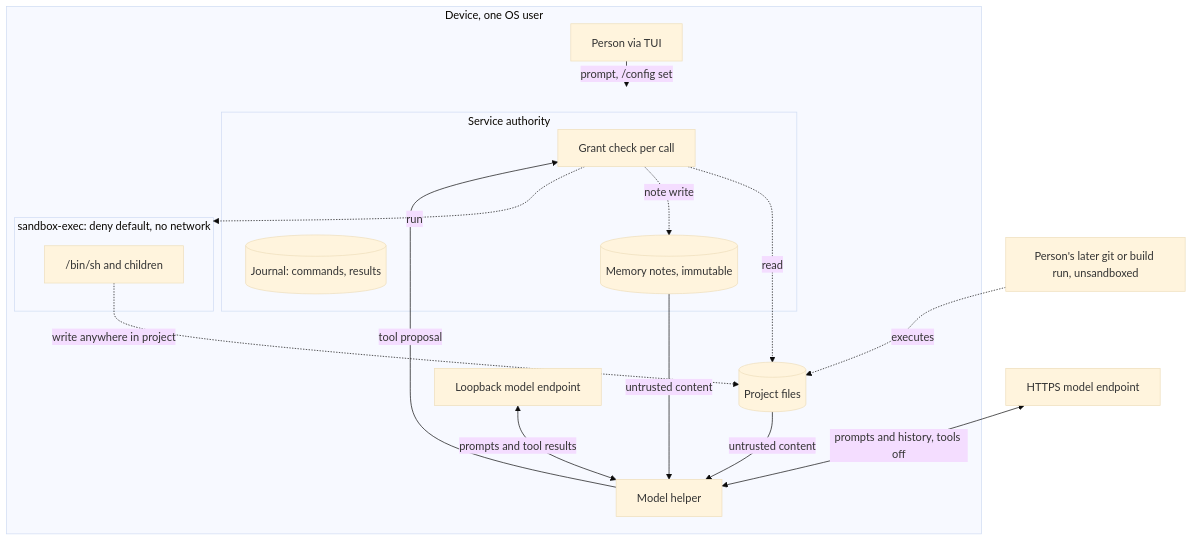
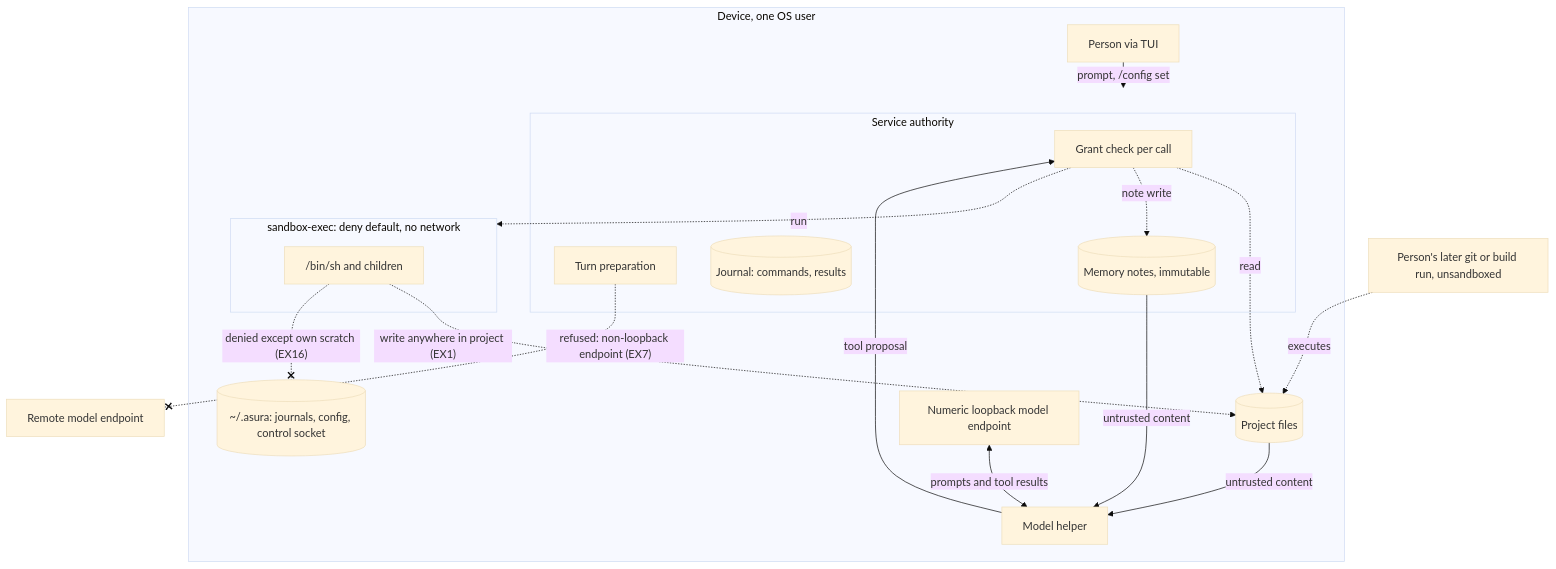
Before and after one commit to pidster/asura: the first of 2 diagrams in docs/designs/execution-threat-model.md, drawn with Mermaid (base theme). The commit also changed other lines of this file and 5 other files, not shown here.

````diff
--- a/docs/designs/execution-threat-model.md
+++ b/docs/designs/execution-threat-model.md
@@ -57,24 +77,26 @@
 ```mermaid
 flowchart TD
     subgraph Device["Device, one OS user"]
-        Person["Person via TUI"] -->|prompt, /config set| Svc
+        Person["Person via TUI"] -->|"prompt, /config set"| Svc
         subgraph Svc["Service authority"]
             Grant["Grant check per call"]
+            Prep["Turn preparation"]
             Journal[("Journal: commands, results")]
             Mem[("Memory notes, immutable")]
         end
-        Helper["Model helper"] -->|tool proposal| Grant
-        Grant -.->|read| Proj[("Project files")]
-        Grant -.->|note write| Mem
-        Grant -.->|run| Sandbox
+        Helper["Model helper"] -->|"tool proposal"| Grant
+        Grant -.->|"read"| Proj[("Project files")]
+        Grant -.->|"note write"| Mem
+        Grant -.->|"run"| Sandbox
         subgraph Sandbox["sandbox-exec: deny default, no network"]
             Sh["/bin/sh and children"]
         end
-        Sh -.->|write anywhere in project| Proj
-        Proj -->|untrusted content| Helper
-        Mem -->|untrusted content| Helper
-        Local["Loopback model endpoint"] <-->|prompts and tool results| Helper
+        Sh -.->|"write anywhere in project (EX1)"| Proj
+        Sh -.-x|"denied except own scratch (EX16)"| State[("~/.asura: journals, config, control socket")]
+        Proj -->|"untrusted content"| Helper
+        Mem -->|"untrusted content"| Helper
+        Local["Numeric loopback model endpoint"] <-->|"prompts and tool results"| Helper
     end
-    Remote["HTTPS model endpoint"] <-->|"prompts and history, tools off"| Helper
-    Later["Person's later git or build run, unsandboxed"] -.->|executes| Proj
+    Prep -.-x|"refused: non-loopback endpoint (EX7)"| Remote["Remote model endpoint"]
+    Later["Person's later git or build run, unsandboxed"] -.->|"executes"| Proj
 ```
````
